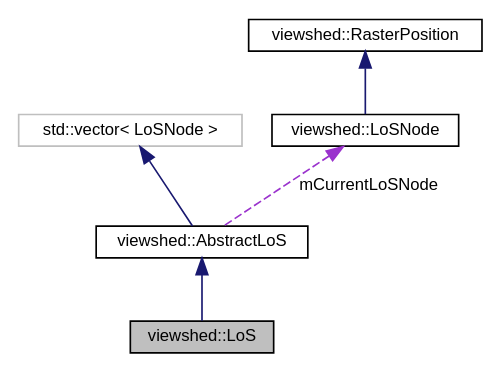
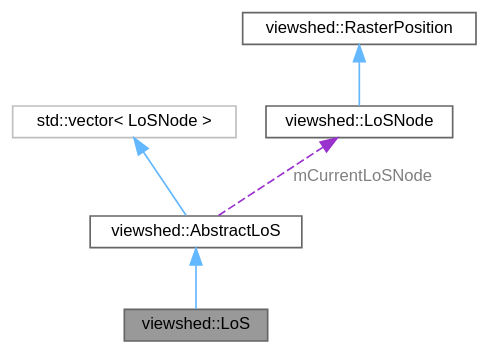
One commit to JanCaha/cpp-viewshed-library changed the diagram in classviewshed_1_1LoS__coll__graph.dot. Above: the diagram before and after it, drawn with Graphviz. The commit also changed 320 other files, not shown here.

```diff
--- a/classviewshed_1_1LoS__coll__graph.dot
+++ b/classviewshed_1_1LoS__coll__graph.dot
@@ -1,15 +1,16 @@
 digraph "viewshed::LoS"
 {
  // LATEX_PDF_SIZE
-  edge [fontname="Helvetica",fontsize="10",labelfontname="Helvetica",labelfontsize="10"];
-  node [fontname="Helvetica",fontsize="10",shape=record];
-  Node1 [label="viewshed::LoS",height=0.2,width=0.4,color="black", fillcolor="grey75", style="filled", fontcolor="black",tooltip="Class that represents LoS for classic Viewshed calculation."];
-  Node2 -> Node1 [dir="back",color="midnightblue",fontsize="10",style="solid",fontname="Helvetica"];
-  Node2 [label="viewshed::AbstractLoS",height=0.2,width=0.4,color="black", fillcolor="white", style="filled",URL="$classviewshed_1_1AbstractLoS.html",tooltip="Abstract class that represent line-of-sight (LoS). Consists of LoSNodes, view point and target point ..."];
-  Node3 -> Node2 [dir="back",color="midnightblue",fontsize="10",style="solid",fontname="Helvetica"];
-  Node3 [label="std::vector\< LoSNode \>",height=0.2,width=0.4,color="grey75", fillcolor="white", style="filled",tooltip=" "];
-  Node4 -> Node2 [dir="back",color="darkorchid3",fontsize="10",style="dashed",label=" mCurrentLoSNode" ,fontname="Helvetica"];
-  Node4 [label="viewshed::LoSNode",height=0.2,width=0.4,color="black", fillcolor="white", style="filled",URL="$classviewshed_1_1LoSNode.html",tooltip="Representation of single cell that creates a point on LoS."];
-  Node5 -> Node4 [dir="back",color="midnightblue",fontsize="10",style="solid",fontname="Helvetica"];
-  Node5 [label="viewshed::RasterPosition",height=0.2,width=0.4,color="black", fillcolor="white", style="filled",URL="$classviewshed_1_1RasterPosition.html",tooltip="Class to represent position on raster in term of row and column."];
+  bgcolor="transparent";
+  edge [fontname=Helvetica,fontsize=10,labelfontname=Helvetica,labelfontsize=10];
+  node [fontname=Helvetica,fontsize=10,shape=box,height=0.2,width=0.4];
+  Node1 [id="Node000001",label="viewshed::LoS",height=0.2,width=0.4,color="gray40", fillcolor="grey60", style="filled", fontcolor="black",tooltip="Class that represents LoS for classic Viewshed calculation."];
+  Node2 -> Node1 [id="edge1_Node000001_Node000002",dir="back",color="steelblue1",style="solid",tooltip=" "];
+  Node2 [id="Node000002",label="viewshed::AbstractLoS",height=0.2,width=0.4,color="gray40", fillcolor="white", style="filled",URL="$classviewshed_1_1AbstractLoS.html",tooltip="Abstract class that represent line-of-sight (LoS). Consists of LoSNodes, view point and target point ..."];
+  Node3 -> Node2 [id="edge2_Node000002_Node000003",dir="back",color="steelblue1",style="solid",tooltip=" "];
+  Node3 [id="Node000003",label="std::vector\< LoSNode \>",height=0.2,width=0.4,color="grey75", fillcolor="white", style="filled",tooltip=" "];
+  Node4 -> Node2 [id="edge3_Node000002_Node000004",dir="back",color="darkorchid3",style="dashed",tooltip=" ",label=" mCurrentLoSNode",fontcolor="grey" ];
+  Node4 [id="Node000004",label="viewshed::LoSNode",height=0.2,width=0.4,color="gray40", fillcolor="white", style="filled",URL="$classviewshed_1_1LoSNode.html",tooltip="Representation of single cell that creates a point on LoS."];
+  Node5 -> Node4 [id="edge4_Node000004_Node000005",dir="back",color="steelblue1",style="solid",tooltip=" "];
+  Node5 [id="Node000005",label="viewshed::RasterPosition",height=0.2,width=0.4,color="gray40", fillcolor="white", style="filled",URL="$classviewshed_1_1RasterPosition.html",tooltip="Class to represent position on raster in term of row and column."];
 }
```
